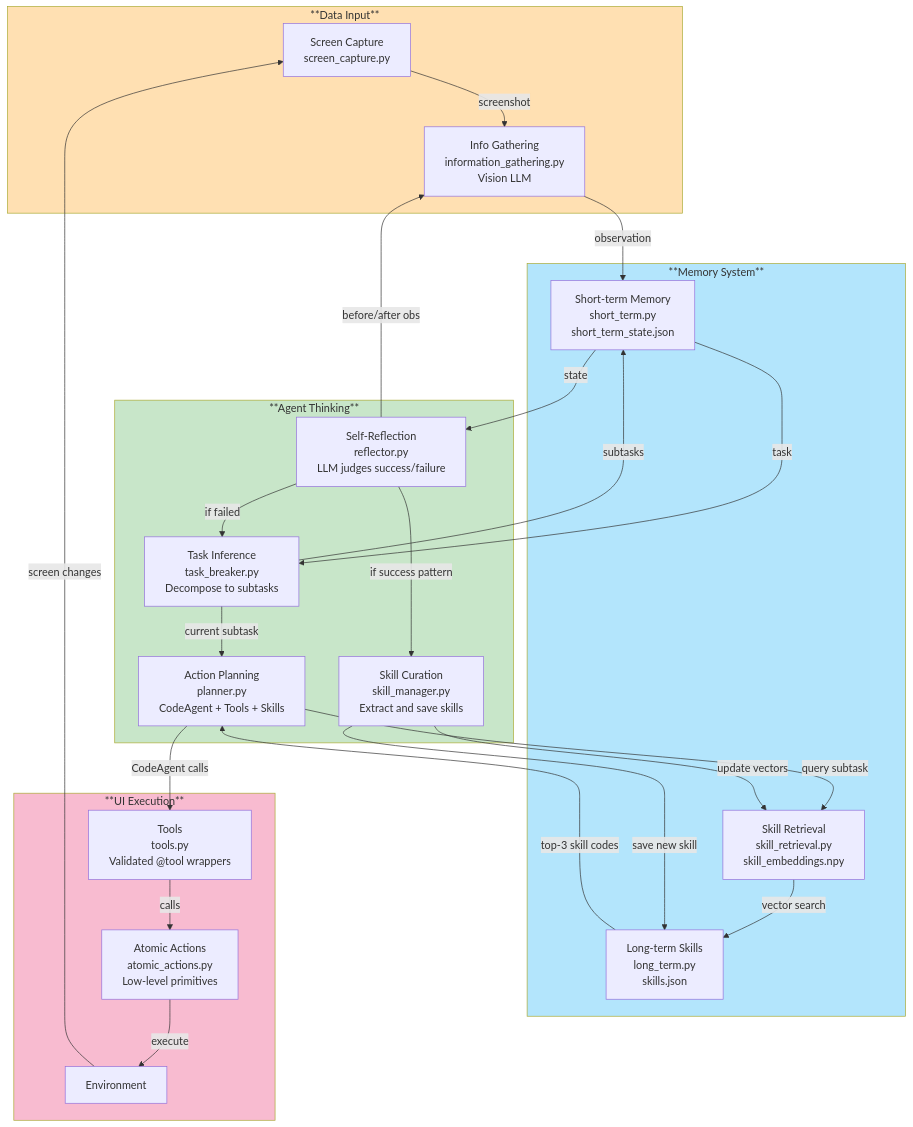
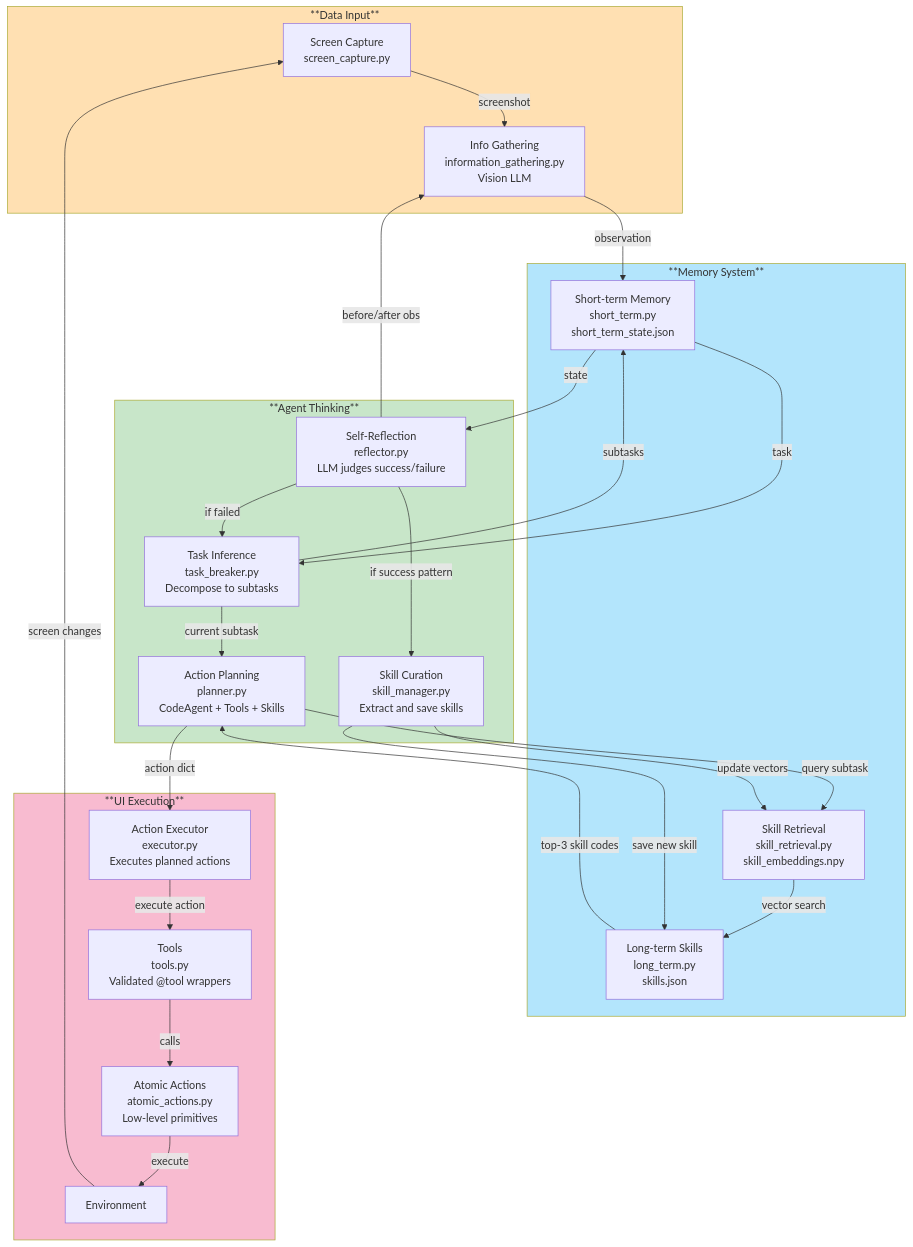
The second of 2 diagrams in README.md (NokkTsang/AI_Gaming_Agent), drawn with Mermaid before and after one commit.

Commit message:
Update README code structure graph

````diff
--- a/README.md
+++ b/README.md
@@ -115,60 +115,62 @@
 ```mermaid
 ---
 config:
   layout: dagre
 ---
 flowchart TB
     subgraph Input["**Data Input**"]
         A[Screen Capture<br/>screen_capture.py]
         B[Info Gathering<br/>information_gathering.py<br/>Vision LLM]
     end
 
     subgraph Memory["**Memory System**"]
         C1[Short-term Memory<br/>short_term.py<br/>short_term_state.json]
         C2[Long-term Skills<br/>long_term.py<br/>skills.json]
         C3[Skill Retrieval<br/>skill_retrieval.py<br/>skill_embeddings.npy]
     end
 
     subgraph Reasoning["**Agent Thinking**"]
         D[Self-Reflection<br/>reflector.py<br/>LLM judges success/failure]
         E[Task Inference<br/>task_breaker.py<br/>Decompose to subtasks]
         F[Skill Curation<br/>skill_manager.py<br/>Extract and save skills]
         G[Action Planning<br/>planner.py<br/>CodeAgent + Tools + Skills]
     end
 
     subgraph Output["**UI Execution**"]
         H1[Atomic Actions<br/>atomic_actions.py<br/>Low-level primitives]
-        H2[Tools<br/>tools.py<br/>Validated @tool wrappers]
+        H2[Action Executor<br/>executor.py<br/>Executes planned actions]
+        H3[Tools<br/>tools.py<br/>Validated @tool wrappers]
         I[Environment]
     end
 
     A -->|screenshot| B
     B -->|observation| C1
 
     C1 -->|state| D
     C1 -->|task| E
 
     E -->|subtasks| C1
     E -->|current subtask| G
 
     G -->|query subtask| C3
     C3 -->|vector search| C2
     C2 -->|top-3 skill codes| G
 
     D -->|before/after obs| B
     D -->|if failed| E
     D -->|if success pattern| F
 
     F -->|save new skill| C2
     F -->|update vectors| C3
 
-    G -->|CodeAgent calls| H2
-    H2 -->|calls| H1
+    G -->|action dict| H2
+    H2 -->|execute action| H3
+    H3 -->|calls| H1
     H1 -->|execute| I
     I -->|screen changes| A
 
     style Input fill:#FFE0B2
     style Memory fill:#B3E5FC
     style Reasoning fill:#C8E6C9
     style Output fill:#F8BBD0
 ```
````
